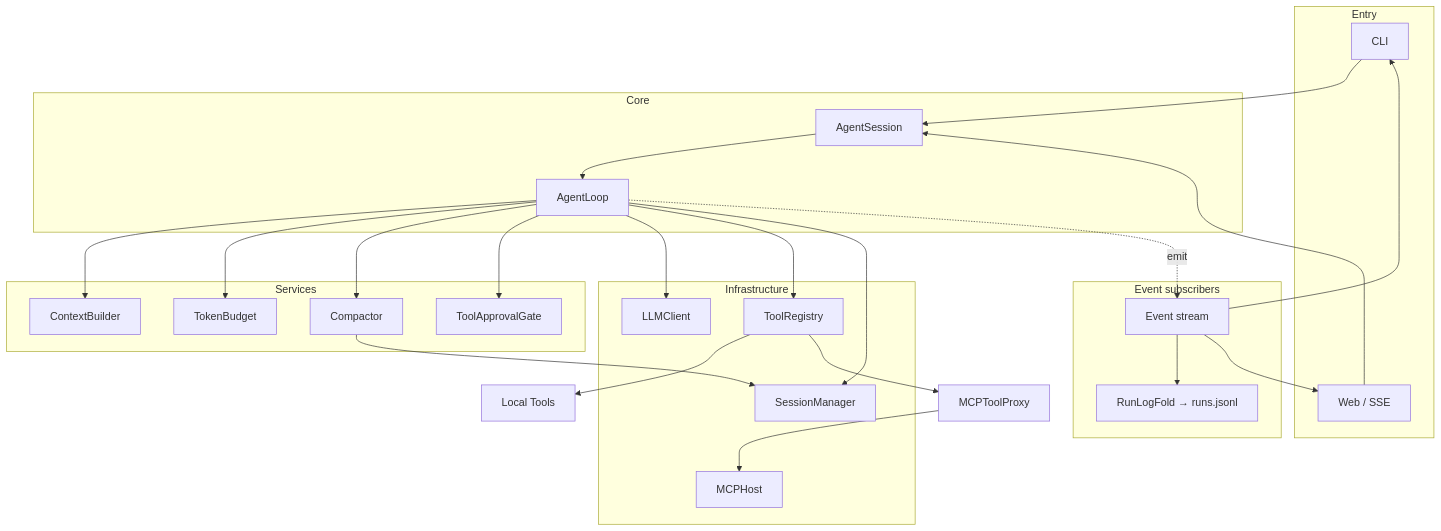
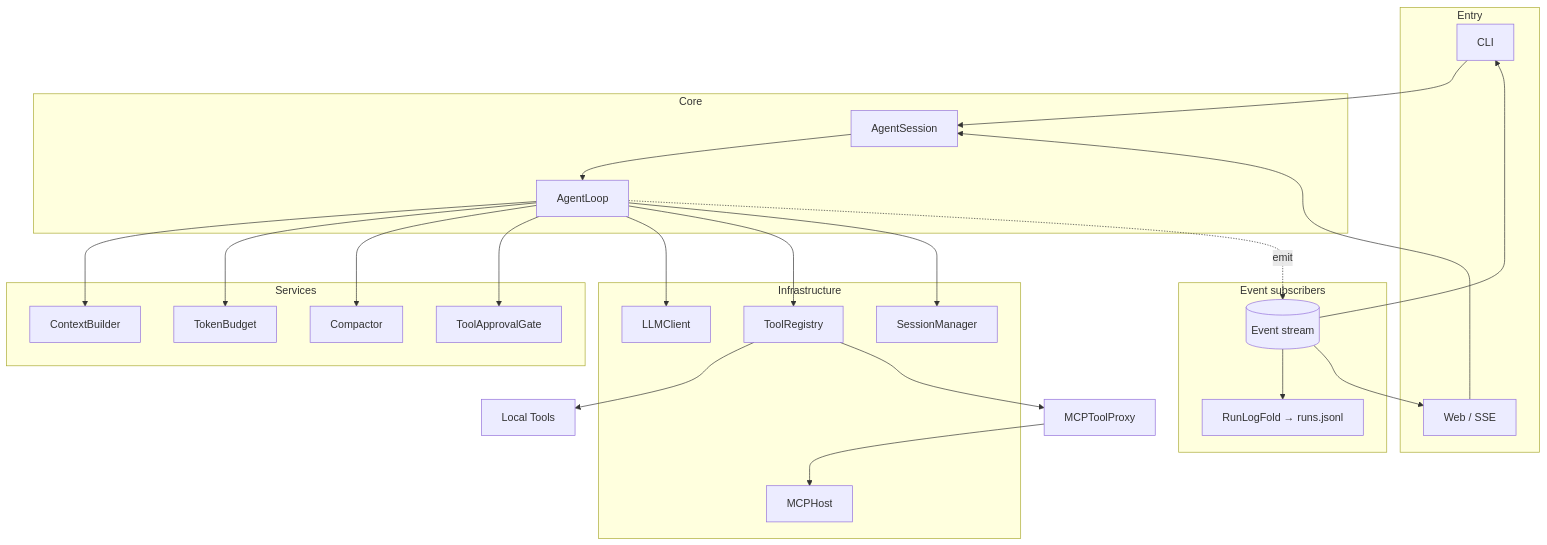
The diagram in README.en.md (Jiminyang1/minibot), drawn with Mermaid before and after one commit. The commit also changed other lines of this file and 1 other file, not shown here.

````diff
--- a/README.en.md
+++ b/README.en.md
@@ -18,50 +38,46 @@
 ```mermaid
 flowchart TB
     subgraph entry [Entry]
         CLI[CLI]
         Web[Web / SSE]
     end
 
     subgraph core [Core]
         AS[AgentSession]
         AL[AgentLoop]
     end
 
     subgraph services [Services]
         CB[ContextBuilder]
         TB[TokenBudget]
         CP[Compactor]
         GATE[ToolApprovalGate]
     end
 
     subgraph infra [Infrastructure]
         SM[SessionManager]
         TRG[ToolRegistry]
         MCP[MCPHost]
         LLM[LLMClient]
     end
 
     subgraph subscribers [Event subscribers]
-        EV[Event stream]
+        EV[(Event stream)]
         FOLD[RunLogFold → runs.jsonl]
     end
 
     CLI --> AS
     Web --> AS
     AS --> AL
-    AL --> CB
-    AL --> TB
-    AL --> CP
-    AL --> GATE
+    AL --> CB & TB & CP & GATE
     AL --> LLM
     AL --> TRG
     AL --> SM
-    CP --> SM
     AL -. emit .-> EV
     EV --> FOLD
     EV --> CLI
     EV --> Web
     TRG --> Local[Local Tools]
     TRG --> Proxy[MCPToolProxy]
     Proxy --> MCP
 ```
````
